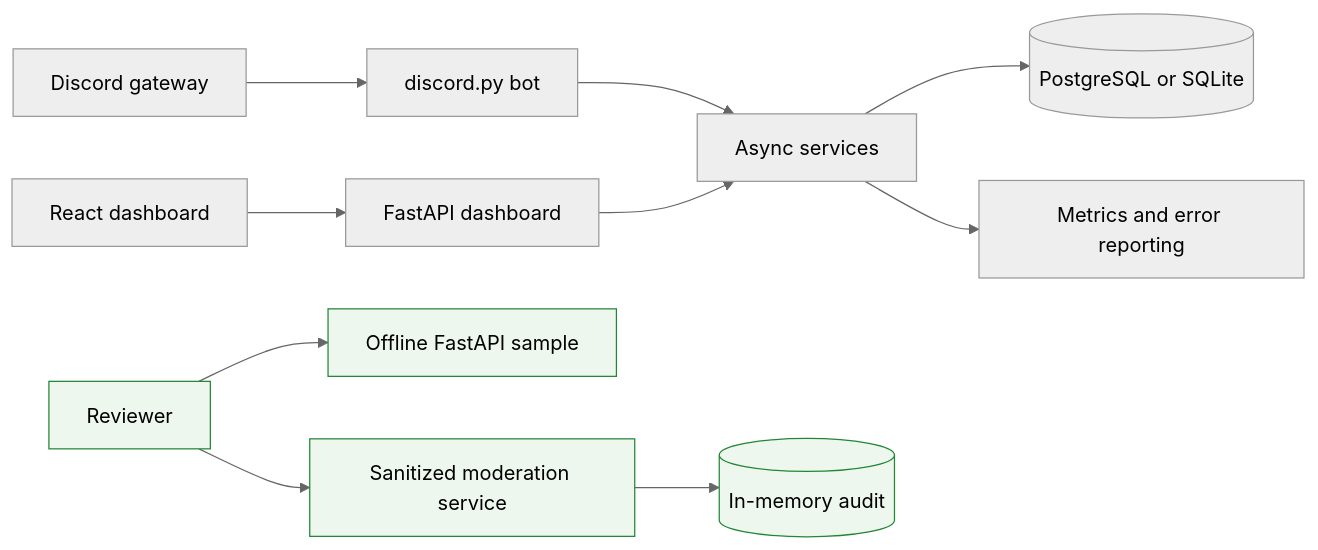
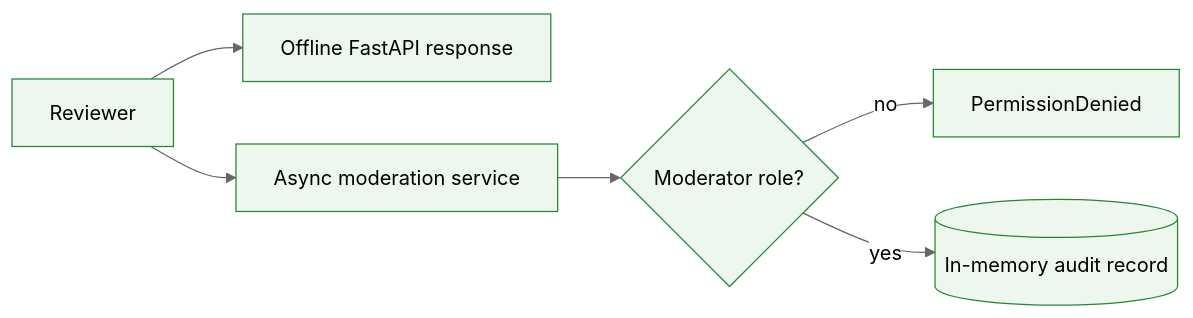
One commit to LuxuriantTech/software-engineering-portfolio changed the diagram in projects/gargantua/README.md. Above: the diagram before and after it, drawn with Mermaid (neutral theme). The commit also changed other lines of this file and 56 other files, not shown here.

```diff
--- a/projects/gargantua/README.md
+++ b/projects/gargantua/README.md
@@ -43,16 +41,11 @@
 ~~~mermaid
 flowchart LR
-    DG[Discord gateway] --> B[discord.py bot]
-    B --> C[Async services]
-    W[React dashboard] --> A[FastAPI dashboard]
-    A --> C
-    C --> DB[(PostgreSQL or SQLite)]
-    C --> O[Metrics and error reporting]
-
-    R[Reviewer] --> P[Offline FastAPI sample]
-    R --> M[Sanitized moderation service]
-    M --> I[(In-memory audit)]
+    R[Reviewer] --> A[Offline FastAPI response]
+    R --> M[Async moderation service]
+    M --> G{Moderator role?}
+    G -->|no| X[PermissionDenied]
+    G -->|yes| I[(In-memory audit record)]
 
     classDef public fill:#eef7ee,stroke:#238636
-    class R,P,M,I public
+    class R,A,M,G,X,I public
 ~~~
```
